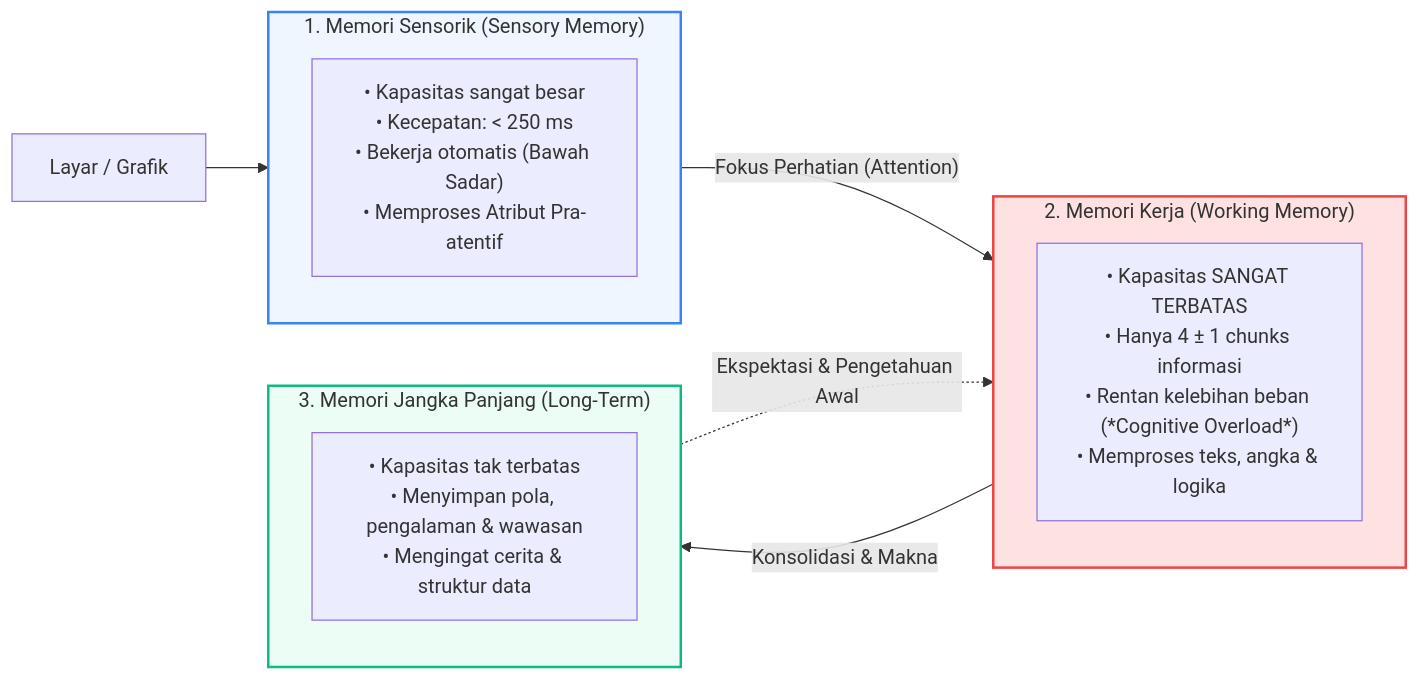
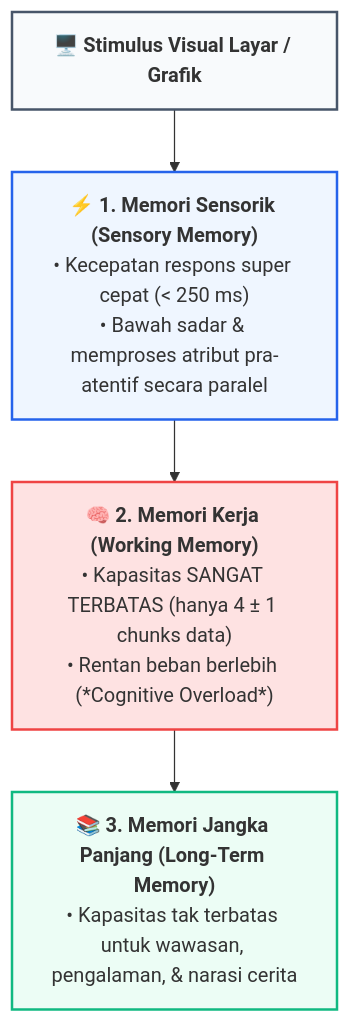
Before and after one commit to mahendaruui/Perkuliahan: the first of 3 diagrams in docs/visualisasi-data/02-persepsi-visual-gestalt.md, drawn with Mermaid. The commit also changed other lines of this file and 15 other files, not shown here.

Commit message:
refactor: update and standardize mermaid diagrams across all documentation modules

````diff
--- a/docs/visualisasi-data/02-persepsi-visual-gestalt.md
+++ b/docs/visualisasi-data/02-persepsi-visual-gestalt.md
@@ -17,26 +17,12 @@
 ```mermaid
-flowchart LR
-    subgraph S1["1. Memori Sensorik (Sensory Memory)"]
-        direction TB
-        M1["• Kapasitas sangat besar<br>• Kecepatan: < 250 ms<br>• Bekerja otomatis (Bawah Sadar)<br>• Memproses Atribut Pra-atentif"]
-    end
+flowchart TD
+    Input["🖥️ <b>Stimulus Visual Layar / Grafik</b>"]
+    --> S1["⚡ <b>1. Memori Sensorik (Sensory Memory)</b><br>• Kecepatan respons super cepat (< 250 ms)<br>• Bawah sadar & memproses atribut pra-atentif secara paralel"]
+    --> S2["🧠 <b>2. Memori Kerja (Working Memory)</b><br>• Kapasitas SANGAT TERBATAS (hanya 4 ± 1 chunks data)<br>• Rentan beban berlebih (*Cognitive Overload*)"]
+    --> S3["📚 <b>3. Memori Jangka Panjang (Long-Term Memory)</b><br>• Kapasitas tak terbatas untuk wawasan, pengalaman, & narasi cerita"]
 
-    subgraph S2["2. Memori Kerja (Working Memory)"]
-        direction TB
-        M2["• Kapasitas SANGAT TERBATAS<br>• Hanya 4 ± 1 chunks informasi<br>• Rentan kelebihan beban (*Cognitive Overload*)<br>• Memproses teks, angka & logika"]
-    end
-
-    subgraph S3["3. Memori Jangka Panjang (Long-Term)"]
-        direction TB
-        M3["• Kapasitas tak terbatas<br>• Menyimpan pola, pengalaman & wawasan<br>• Mengingat cerita & struktur data"]
-    end
-
-    Input["Layar / Grafik"] --> S1
-    S1 -->|"Fokus Perhatian (Attention)"| S2
-    S2 -->|"Konsolidasi & Makna"| S3
-    S3 -.->|"Ekspektasi & Pengetahuan Awal"| S2
-
-    style S1 fill:#eff6ff,stroke:#3b82f6,stroke-width:2px
+    style Input fill:#f8fafc,stroke:#475569,stroke-width:2px
+    style S1 fill:#eff6ff,stroke:#2563eb,stroke-width:2px
     style S2 fill:#fee2e2,stroke:#ef4444,stroke-width:2px
     style S3 fill:#ecfdf5,stroke:#10b981,stroke-width:2px
 ```
````
